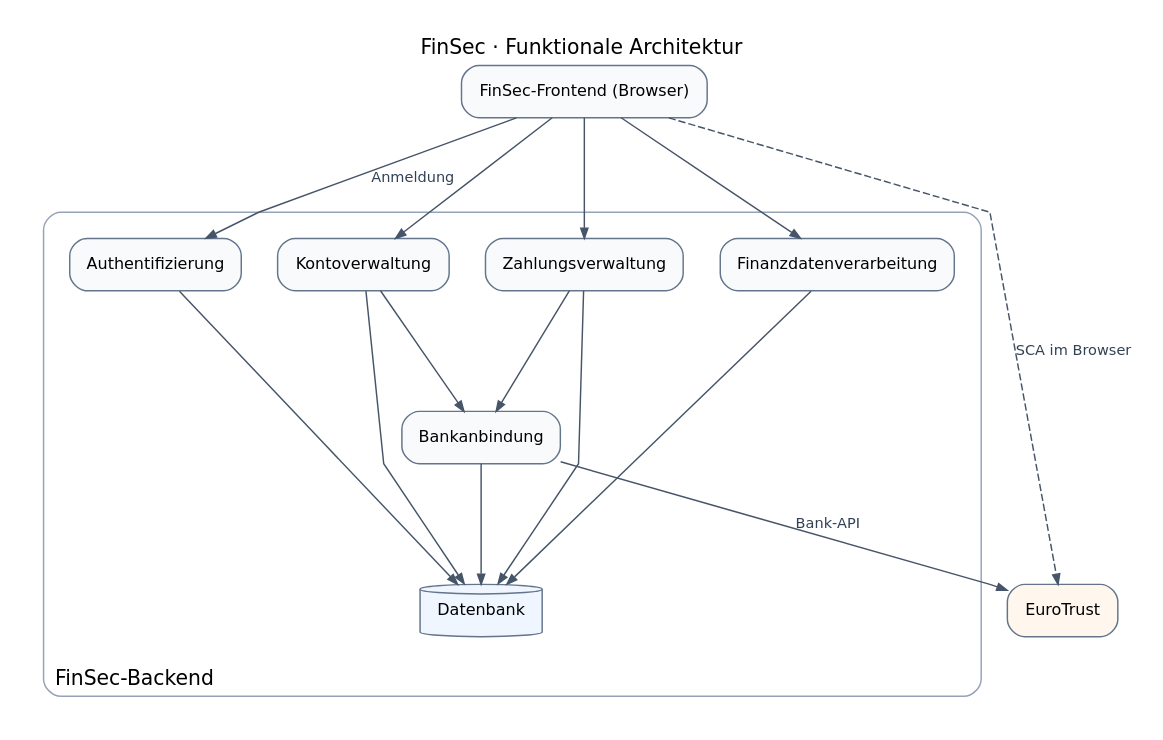
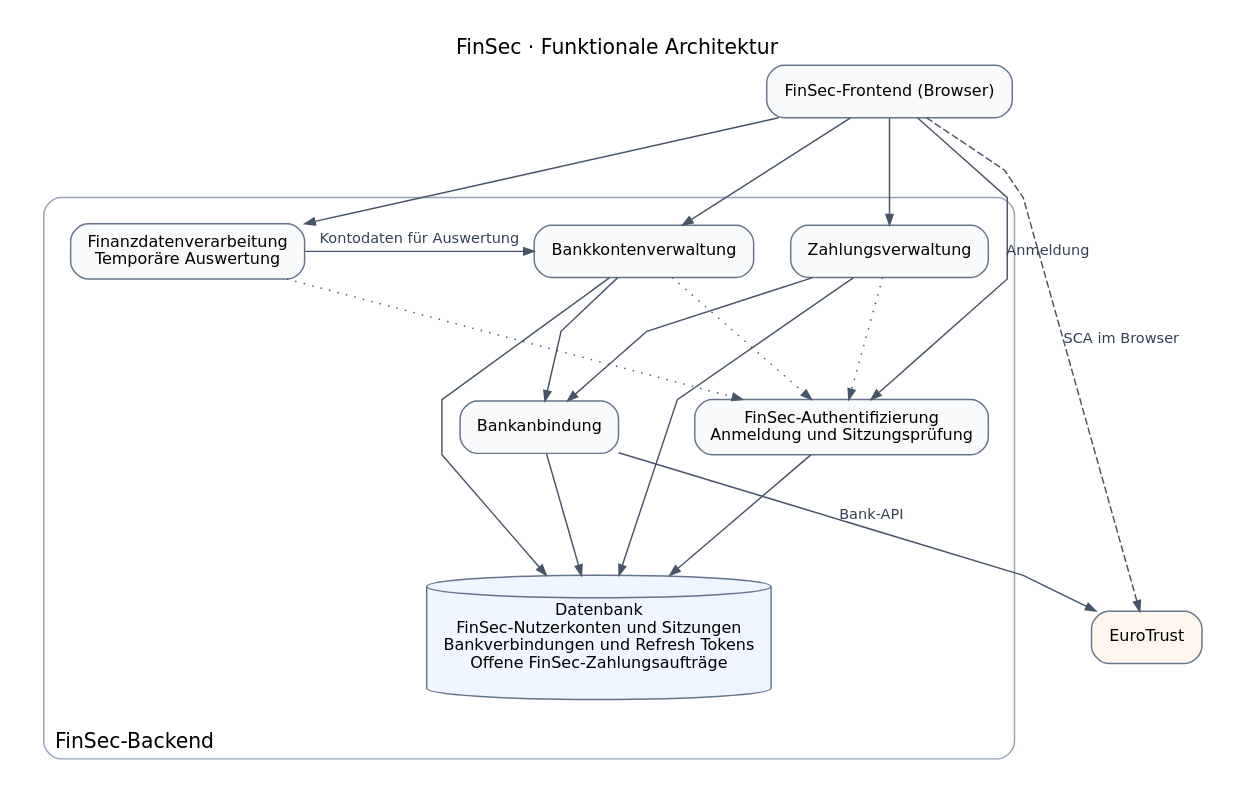
Before and after one commit to niklas9234/sichso_work: the diagram in docs/diagramme/2.4-functional-architecture.dot, drawn with Graphviz. The commit also changed 6 other files, not shown here.

```diff
--- a/docs/diagramme/2.4-functional-architecture.dot
+++ b/docs/diagramme/2.4-functional-architecture.dot
@@ -1,43 +1,47 @@
 digraph Functional {
     graph [rankdir=TB, splines=polyline, bgcolor="white", pad=0.2, nodesep=0.35, ranksep=1.0,
            fontname="DejaVu Sans", label="FinSec · Funktionale Architektur", labelloc=t]
     node [shape=box, style="rounded,filled", fillcolor="#f8fafc", color="#64748b",
           fontname="DejaVu Sans", fontsize=11, margin="0.16,0.10"]
     edge [color="#475569", fontcolor="#334155", fontname="DejaVu Sans", fontsize=10, arrowsize=0.7]
 
     frontend [label="FinSec-Frontend (Browser)"]
     bank [label="EuroTrust", fillcolor="#fff7ed"]
 
     subgraph cluster_backend {
         label="FinSec-Backend"
         labelloc=b
         labeljust=l
         color="#94a3b8"
         style=rounded
         margin=18
 
-        auth [label="Authentifizierung"]
-        accounts [label="Kontoverwaltung"]
+        auth [label="FinSec-Authentifizierung\nAnmeldung und Sitzungsprüfung"]
+        accounts [label="Bankkontenverwaltung"]
         payments [label="Zahlungsverwaltung"]
-        analysis [label="Finanzdatenverarbeitung"]
+        analysis [label="Finanzdatenverarbeitung\nTemporäre Auswertung"]
         adapter [label="Bankanbindung"]
-        database [label="Datenbank", shape=cylinder, style=filled, fillcolor="#eff6ff"]
+        database [label="Datenbank\nFinSec-Nutzerkonten und Sitzungen\nBankverbindungen und Refresh Tokens\nOffene FinSec-Zahlungsaufträge", shape=cylinder, style=filled, fillcolor="#eff6ff"]
 
-        {rank=same; auth; accounts; payments; analysis}
+        {rank=same; accounts; payments; analysis}
+
+        accounts -> auth [style=dotted, constraint=false]
+        payments -> auth [style=dotted, constraint=false]
+        analysis -> auth [style=dotted, constraint=false]
+        analysis -> accounts [label="Kontodaten für Auswertung"]
 
         accounts -> adapter
         payments -> adapter
         adapter -> database
         auth -> database
         accounts -> database
         payments -> database
-        analysis -> database
     }
 
     frontend -> auth [label="Anmeldung"]
     frontend -> accounts
     frontend -> payments
     frontend -> analysis
     adapter -> bank [label="Bank-API"]
     frontend -> bank [label="SCA im Browser", style=dashed]
 }
```
